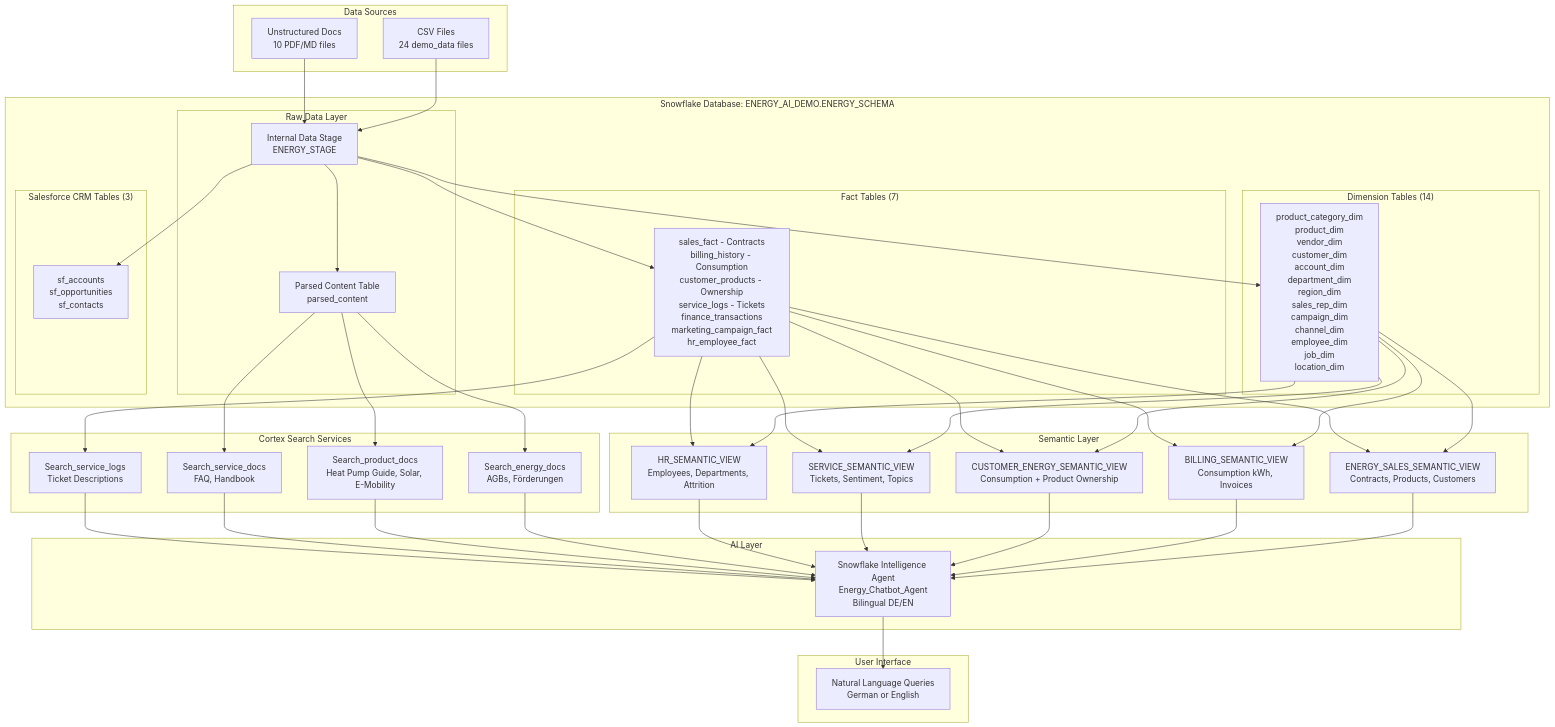
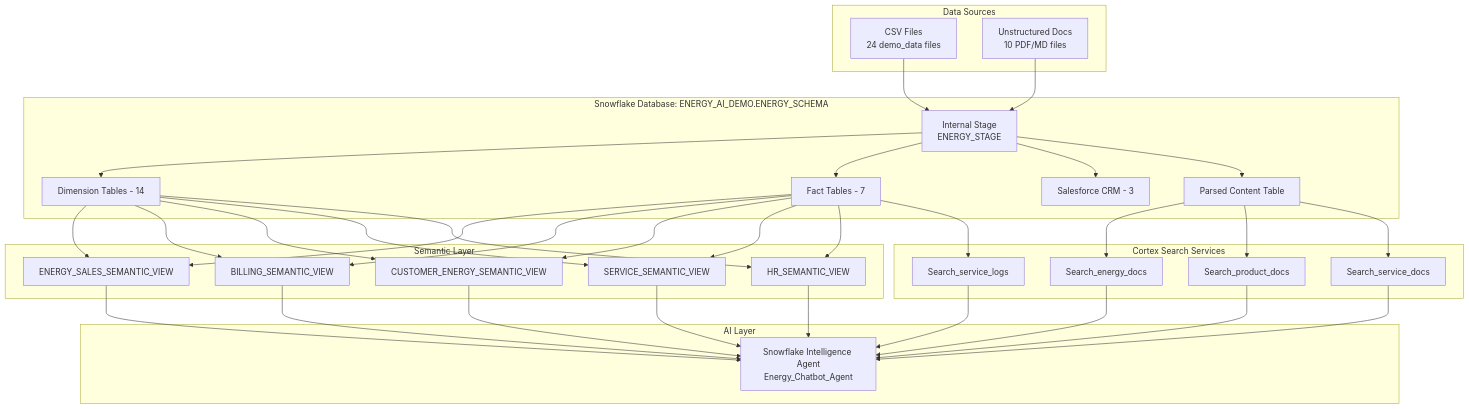
Before and after one commit to jojrg/Snowflake_EPower_Demo: the diagram in README.md, drawn with Mermaid. The commit also changed other lines of this file and 1 other file, not shown here.

````diff
--- a/README.md
+++ b/README.md
@@ -87,79 +288,36 @@
     end
 
     subgraph "Snowflake Database: ENERGY_AI_DEMO.ENERGY_SCHEMA"
-        subgraph "Raw Data Layer"
-            D[Internal Data Stage<br/>ENERGY_STAGE]
-            E[Parsed Content Table<br/>parsed_content]
-        end
-        
-        subgraph "Dimension Tables (14)"
-            F[product_category_dim<br/>product_dim<br/>vendor_dim<br/>customer_dim<br/>account_dim<br/>department_dim<br/>region_dim<br/>sales_rep_dim<br/>campaign_dim<br/>channel_dim<br/>employee_dim<br/>job_dim<br/>location_dim]
-        end
-        
-        subgraph "Fact Tables (7)"
-            G[sales_fact - Contracts<br/>billing_history - Consumption<br/>customer_products - Ownership<br/>service_logs - Tickets<br/>finance_transactions<br/>marketing_campaign_fact<br/>hr_employee_fact]
-        end
-        
-        subgraph "Salesforce CRM Tables (3)"
-            SF[sf_accounts<br/>sf_opportunities<br/>sf_contacts]
-        end
+        D[Internal Stage<br/>ENERGY_STAGE]
+        E[Parsed Content Table]
+        F[Dimension Tables - 14]
+        G[Fact Tables - 7]
+        SF[Salesforce CRM - 3]
     end
 
     subgraph "Semantic Layer"
-        H[ENERGY_SALES_SEMANTIC_VIEW<br/>Contracts, Products, Customers]
-        I[BILLING_SEMANTIC_VIEW<br/>Consumption kWh, Invoices]
-        CE[CUSTOMER_ENERGY_SEMANTIC_VIEW<br/>Consumption + Product Ownership]
-        J[SERVICE_SEMANTIC_VIEW<br/>Tickets, Sentiment, Topics]
-        K[HR_SEMANTIC_VIEW<br/>Employees, Departments, Attrition]
+        H[ENERGY_SALES_SEMANTIC_VIEW]
+        I[BILLING_SEMANTIC_VIEW]
+        CE[CUSTOMER_ENERGY_SEMANTIC_VIEW]
+        J[SERVICE_SEMANTIC_VIEW]
+        K[HR_SEMANTIC_VIEW]
     end
 
     subgraph "Cortex Search Services"
-        L[Search_energy_docs<br/>AGBs, Förderungen]
-        M[Search_product_docs<br/>Heat Pump Guide, Solar, E-Mobility]
-        N[Search_service_docs<br/>FAQ, Handbook]
-        O[Search_service_logs<br/>Ticket Descriptions]
+        L[Search_energy_docs]
+        M[Search_product_docs]
+        N[Search_service_docs]
+        O[Search_service_logs]
     end
 
     subgraph "AI Layer"
-        P[Snowflake Intelligence Agent<br/>Energy_Chatbot_Agent<br/>Bilingual DE/EN]
+        P[Snowflake Intelligence Agent<br/>Energy_Chatbot_Agent]
     end
 
-    subgraph "User Interface"
-        Q[Natural Language Queries<br/>German or English]
-    end
-
-    B --> D
-    C --> D
-    D --> F
-    D --> G
-    D --> SF
-    D --> E
-    
-    F --> H
-    G --> H
-    F --> I
-    G --> I
-    F --> CE
-    G --> CE
-    F --> J
-    G --> J
-    F --> K
-    G --> K
-    
-    H --> P
-    I --> P
-    CE --> P
-    J --> P
-    K --> P
-    L --> P
-    M --> P
-    N --> P
-    O --> P
-    
-    E --> L
-    E --> M
-    E --> N
+    B --> D --> F & G & SF
+    C --> D --> E
+    F & G --> H & I & CE & J & K
+    E --> L & M & N
     G --> O
-    
-    P --> Q
+    H & I & CE & J & K & L & M & N & O --> P
 ```
````
